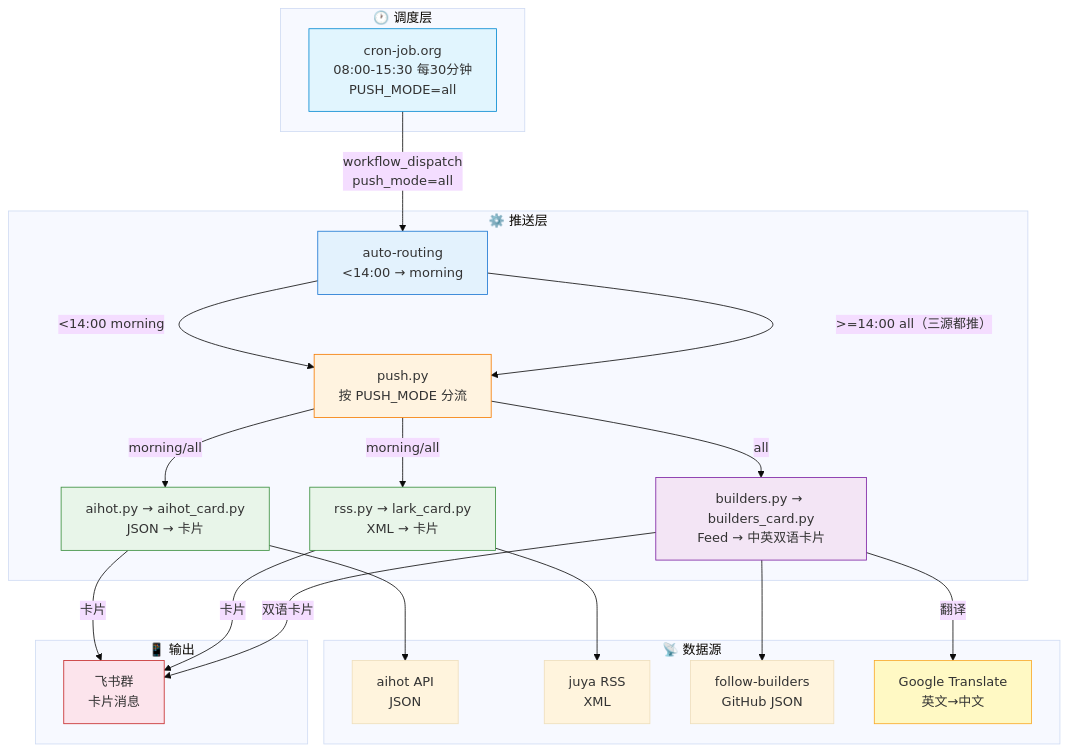
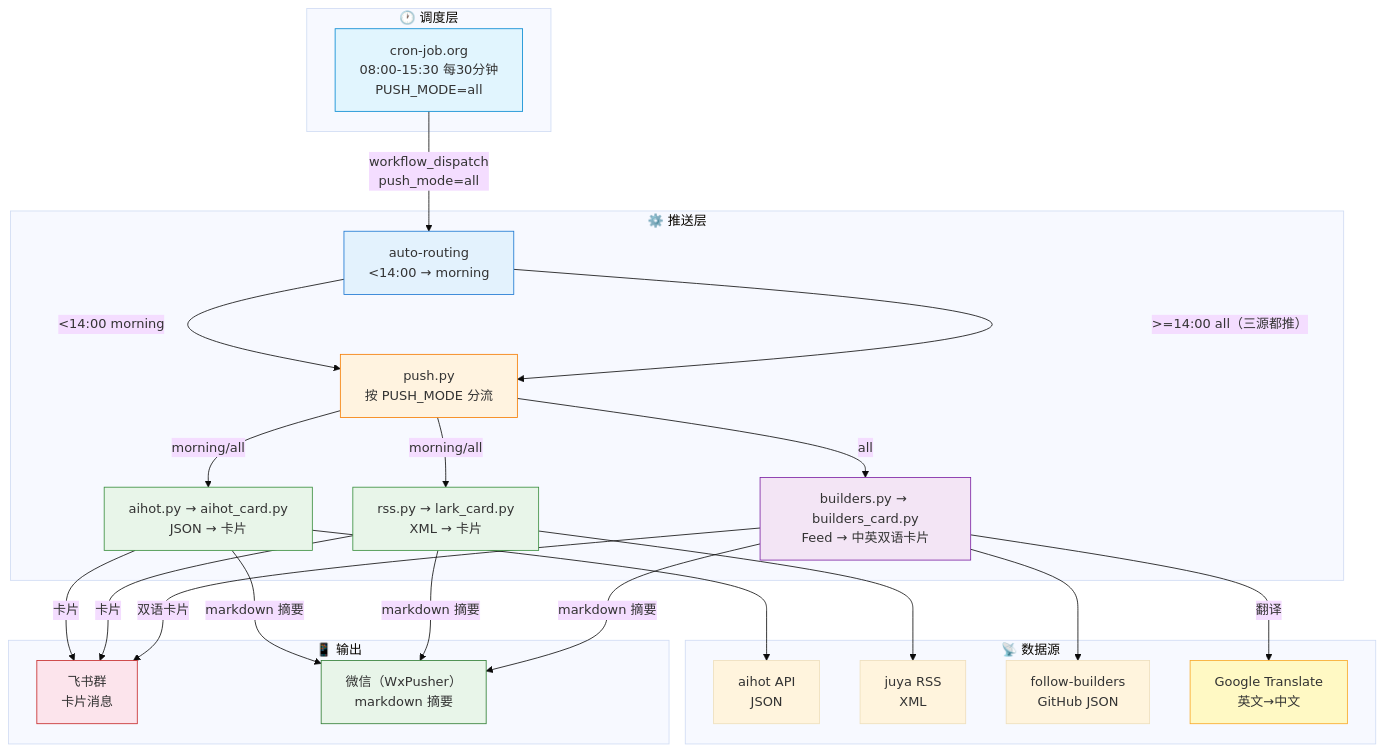
The first of 2 diagrams in README.md (Ai-luren/Ainews-to-Feishu), drawn with Mermaid (base theme) before and after one commit. The commit also changed other lines of this file, not shown here.

First line of the commit message:
docs: README 完善 WxPusher 微信推送说明

````diff
--- a/README.md
+++ b/README.md
@@ -136,48 +138,53 @@
 ```mermaid
 flowchart TB
     subgraph 调度["🕐 调度层"]
         C1["cron-job.org<br/>08:00-15:30 每30分钟<br/>PUSH_MODE=all"]
     end
 
     subgraph 推送["⚙️ 推送层"]
         R["auto-routing<br/>&lt;14:00 → morning<br/&gt;=14:00 → all（三源都推）"]
         P["push.py<br/>按 PUSH_MODE 分流"]
         A["aihot.py → aihot_card.py<br/>JSON → 卡片"]
         J["rss.py → lark_card.py<br/>XML → 卡片"]
         B["builders.py → builders_card.py<br/>Feed → 中英双语卡片"]
     end
 
     subgraph 数据["📡 数据源"]
         A1["aihot API<br/>JSON"]
         J1["juya RSS<br/>XML"]
         B1["follow-builders<br/>GitHub JSON"]
         T["Google Translate<br/>英文→中文"]
     end
 
     subgraph 输出["📱 输出"]
         F["飞书群<br/>卡片消息"]
+        W["微信（WxPusher）<br/>markdown 摘要"]
     end
 
     C1 -->|"workflow_dispatch<br/>push_mode=all"| R
     R -->|"<14:00 morning"| P
     R -->|">=14:00 all（三源都推）"| P
     P -->|"morning/all"| A
     P -->|"morning/all"| J
     P -->|"all"| B
     A --> A1
     J --> J1
     B --> B1
     B -->|"翻译"| T
     A -->|"卡片"| F
     J -->|"卡片"| F
     B -->|"双语卡片"| F
+    A -->|"markdown 摘要"| W
+    J -->|"markdown 摘要"| W
+    B -->|"markdown 摘要"| W
 
     style C1 fill:#e1f5fe,stroke:#0288d1
     style R fill:#e3f2fd,stroke:#1976d2
     style P fill:#fff3e0,stroke:#f57c00
     style A fill:#e8f5e9,stroke:#388e3c
     style J fill:#e8f5e9,stroke:#388e3c
     style B fill:#f3e5f5,stroke:#7b1fa2
     style T fill:#fff9c4,stroke:#f9a825
     style F fill:#fce4ec,stroke:#c62828
+    style W fill:#e8f5e9,stroke:#2e7d32
 ```
````
